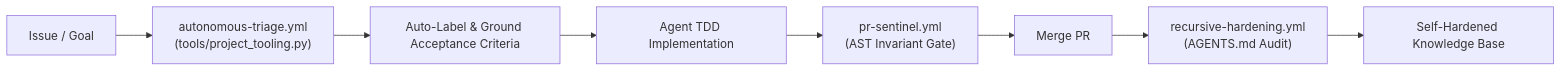
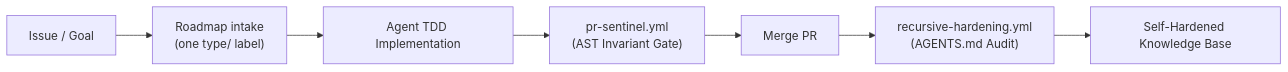
Before and after one commit to dan-petty/vibes: the second of 2 diagrams in README.md, drawn with Mermaid. The commit also changed other lines of this file and 11 other files, not shown here.

First line of the commit message:
ci: Delete keyword triage and use type/ labels for audit (#242)

````diff
--- a/README.md
+++ b/README.md
@@ -238,10 +238,9 @@
 ```mermaid
 flowchart LR
-    Issue[Issue / Goal] --> Triage["autonomous-triage.yml<br>(tools/project_tooling.py)"]
-    Triage --> Ground[Auto-Label & Ground Acceptance Criteria]
-    Ground --> AgentDev[Agent TDD Implementation]
+    Issue[Issue / Goal] --> Intake["Roadmap intake<br>(one type/ label)"]
+    Intake --> AgentDev[Agent TDD Implementation]
     AgentDev --> PRSentinel["pr-sentinel.yml<br>(AST Invariant Gate)"]
     PRSentinel --> Merge[Merge PR]
     Merge --> Hardening["recursive-hardening.yml<br>(AGENTS.md Audit)"]
     Hardening --> Next[Self-Hardened Knowledge Base]
 ```
````
